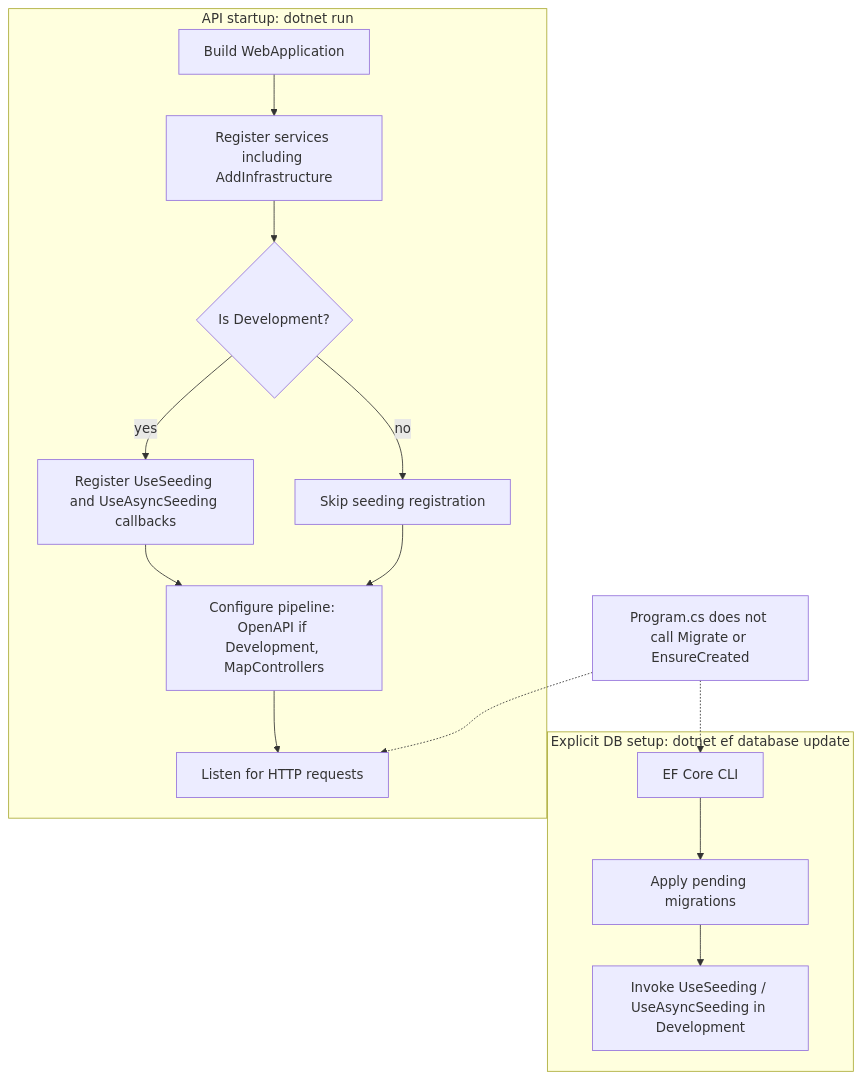
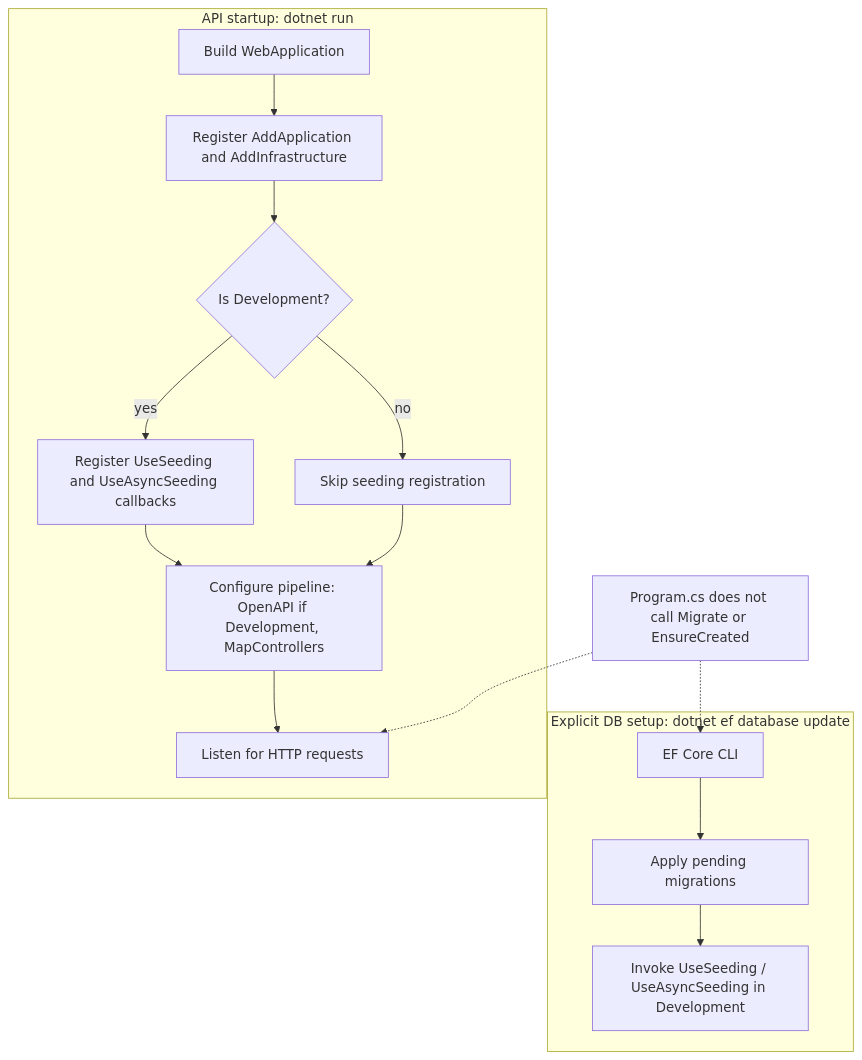
The third of 3 diagrams in README.md (abolfathi/rpkTask), drawn with Mermaid before and after one commit. The commit also changed other lines of this file and 15 other files, not shown here.

````diff
--- a/README.md
+++ b/README.md
@@ -235,31 +278,31 @@
 ```mermaid
 flowchart TD
   subgraph apiStart [API startup: dotnet run]
     Build[Build WebApplication]
-    DI[Register services including AddInfrastructure]
+    DI[Register AddApplication and AddInfrastructure]
     SeedReg{"Is Development?"}
     RegisterSeed[Register UseSeeding and UseAsyncSeeding callbacks]
     SkipSeed[Skip seeding registration]
     Pipeline[Configure pipeline: OpenAPI if Development, MapControllers]
     Listen[Listen for HTTP requests]
     Build --> DI
     DI --> SeedReg
     SeedReg -->|yes| RegisterSeed
     SeedReg -->|no| SkipSeed
     RegisterSeed --> Pipeline
     SkipSeed --> Pipeline
     Pipeline --> Listen
   end
 
   subgraph dbInit [Explicit DB setup: dotnet ef database update]
     EfCli[EF Core CLI]
     Migrate[Apply pending migrations]
     InvokeSeed[Invoke UseSeeding / UseAsyncSeeding in Development]
     EfCli --> Migrate
     Migrate --> InvokeSeed
   end
 
   Note[Program.cs does not call Migrate or EnsureCreated]
   Note -.-> Listen
   Note -.-> EfCli
 ```
````
